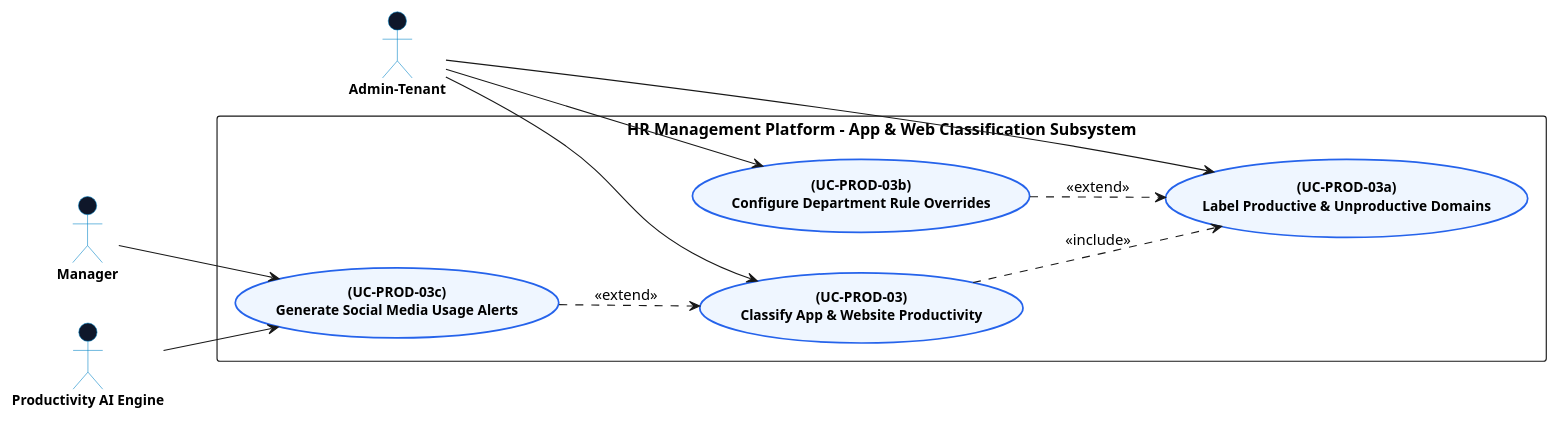
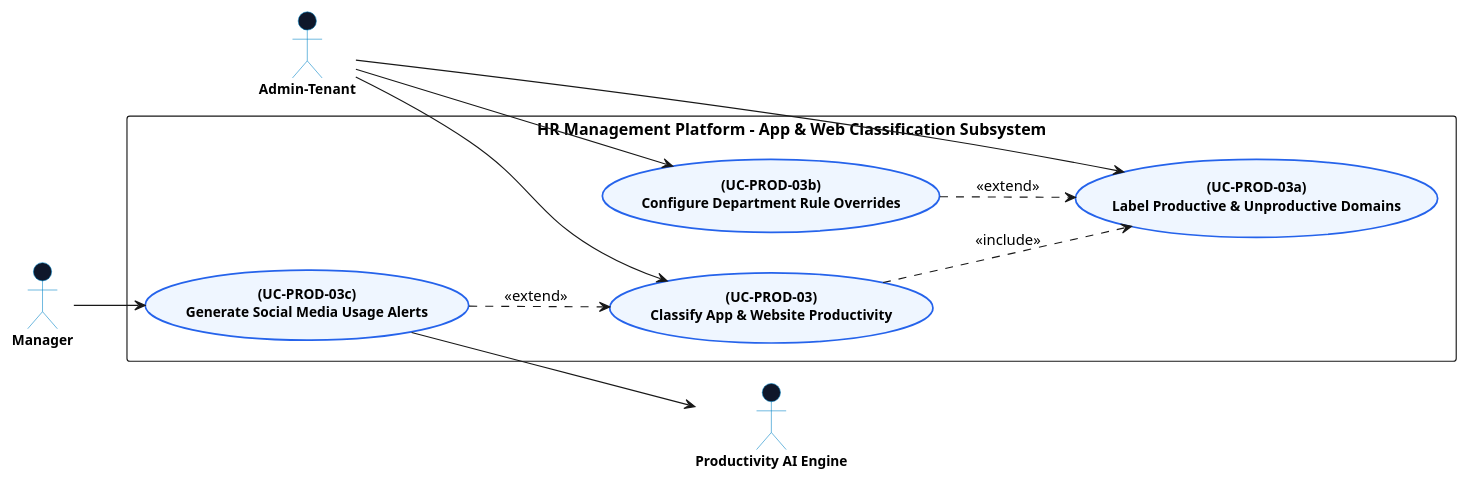
One commit to Dikhang1112/Monitoring_HR changed the diagram in docs/usecase_diagram/productivity_monitoring/AppWebClassificationDiagram.md. Above: the diagram before and after it, drawn with PlantUML. The commit also changed other lines of this file and 17 other files, not shown here.

Commit message:
Usecase diagram of payroll

````diff
--- a/docs/usecase_diagram/productivity_monitoring/AppWebClassificationDiagram.md
+++ b/docs/usecase_diagram/productivity_monitoring/AppWebClassificationDiagram.md
@@ -9,63 +9,69 @@
 ```plantuml
 @startuml
 left to right direction
 skinparam packageStyle rectangle
 skinparam backgroundColor #ffffff
 skinparam shadowing false
 skinparam actorStyle stickman
 
 skinparam usecase {
   BackgroundColor #EFF6FF
   BorderColor #2563EB
   BorderThickness 1.5
   FontSize 12
   FontStyle bold
   FontName "Segoe UI"
 }
 
 skinparam actor {
   BackgroundColor #0F172A
   BorderColor #0284C7
   FontSize 12
   FontStyle bold
   FontName "Segoe UI"
 }
 
 ' =====================================================
-' ACTORS
+' PRIMARY ACTORS (LEFT SIDE)
 ' =====================================================
 actor "Admin-Tenant" as ADMIN
 actor "Manager" as MGR
-actor "Productivity AI Engine" as AI_ENGINE
 
 ' =====================================================
-' SYSTEM BOUNDARY & USE CASES
+' SYSTEM BOUNDARY & USE CASES (CENTER)
 ' =====================================================
 rectangle "HR Management Platform - App & Web Classification Subsystem" {
     
     usecase "(UC-PROD-03)\nClassify App & Website Productivity" as UC_PROD03
     usecase "(UC-PROD-03a)\nLabel Productive & Unproductive Domains" as UC_PROD03A
     usecase "(UC-PROD-03b)\nConfigure Department Rule Overrides" as UC_PROD03B
     usecase "(UC-PROD-03c)\nGenerate Social Media Usage Alerts" as UC_PROD03C
 }
 
 ' =====================================================
+' SECONDARY ACTORS (RIGHT SIDE)
+' =====================================================
+actor "Productivity AI Engine" as AI_ENGINE
+
+' =====================================================
 ' ACTOR CONNECTIONS
 ' =====================================================
+' Left Actors to Use Cases
 ADMIN --> UC_PROD03
 ADMIN --> UC_PROD03A
 ADMIN --> UC_PROD03B
 
 MGR --> UC_PROD03C
 
-AI_ENGINE --> UC_PROD03C
+' Use Cases to Right Actors
+UC_PROD03C --> AI_ENGINE
 
 ' =====================================================
 ' INCLUDE & EXTEND RELATIONSHIPS
 ' =====================================================
 UC_PROD03 ..> UC_PROD03A : <<include>>
 UC_PROD03B ..> UC_PROD03A : <<extend>>
 UC_PROD03C ..> UC_PROD03 : <<extend>>
 
 @enduml
 ```
````
